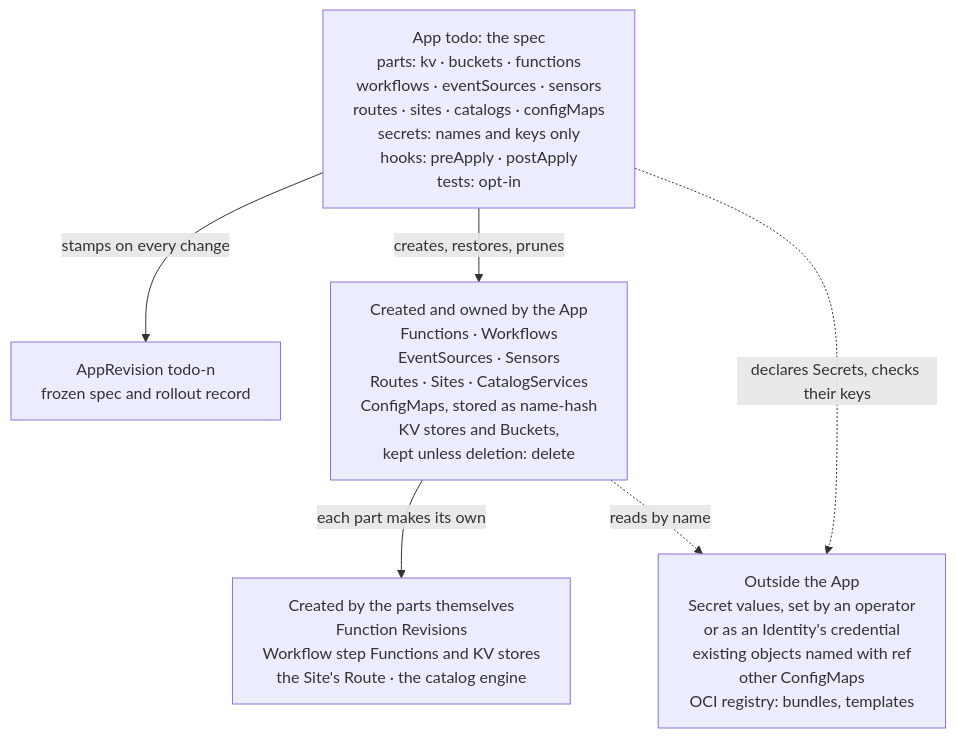
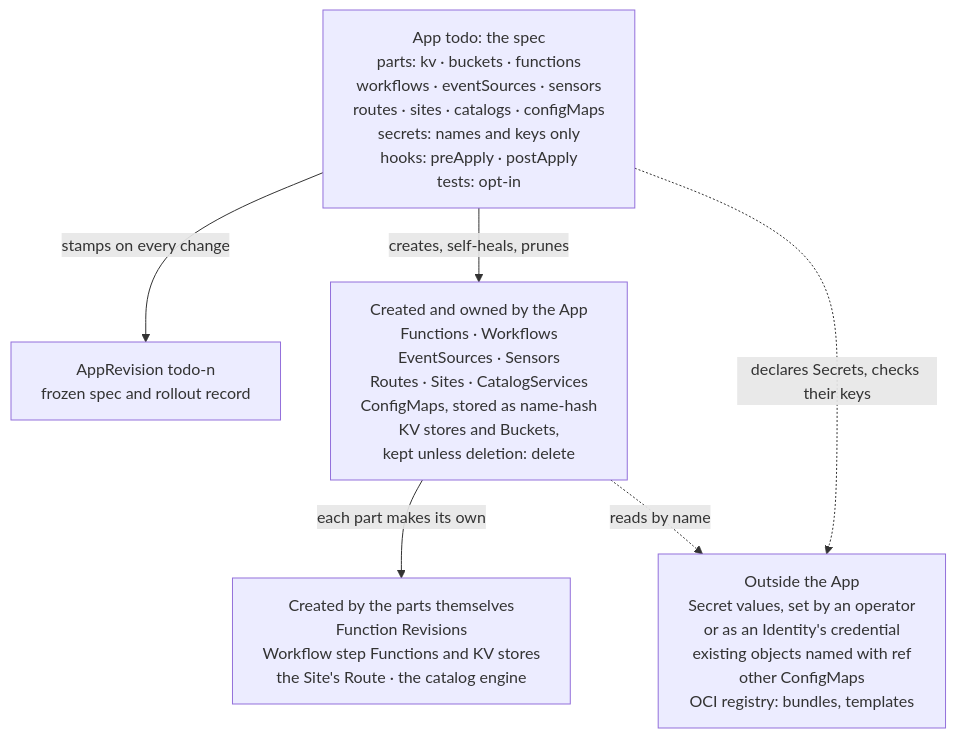
One commit to pyvvo/funcd changed the second of 7 diagrams in docs/feat/0010-feat-apps.md. Above: the diagram before and after it, drawn with Mermaid. The commit also changed other lines of this file and 1 other file, not shown here.

First line of the commit message:
docs: take the DR plan's hand-off items into the App design

````diff
--- a/docs/feat/0010-feat-apps.md
+++ b/docs/feat/0010-feat-apps.md
@@ -90,14 +90,14 @@
 ```mermaid
 %%{init: {"fontFamily": "Arial, Helvetica, sans-serif", "flowchart": {"wrappingWidth": 400}}}%%
 flowchart TB
     APP["App todo: the spec<br/>parts: kv · buckets · functions<br/>workflows · eventSources · sensors<br/>routes · sites · catalogs · configMaps<br/>secrets: names and keys only<br/>hooks: preApply · postApply<br/>tests: opt-in"]
     AR["AppRevision todo-n<br/>frozen spec and rollout record"]
     OWN["Created and owned by the App<br/>Functions · Workflows<br/>EventSources · Sensors<br/>Routes · Sites · CatalogServices<br/>ConfigMaps, stored as name-hash<br/>KV stores and Buckets,<br/>kept unless deletion: delete"]
     GR["Created by the parts themselves<br/>Function Revisions<br/>Workflow step Functions and KV stores<br/>the Site's Route · the catalog engine"]
     OUT["Outside the App<br/>Secret values, set by an operator<br/>or as an Identity's credential<br/>existing objects named with ref<br/>other ConfigMaps<br/>OCI registry: bundles, templates"]
     APP -->|"stamps on every change"| AR
-    APP -->|"creates, restores, prunes"| OWN
+    APP -->|"creates, self-heals, prunes"| OWN
     OWN -->|"each part makes its own"| GR
     OWN -.->|"reads by name"| OUT
     APP -.->|"declares Secrets, checks their keys"| OUT
 ```
````
